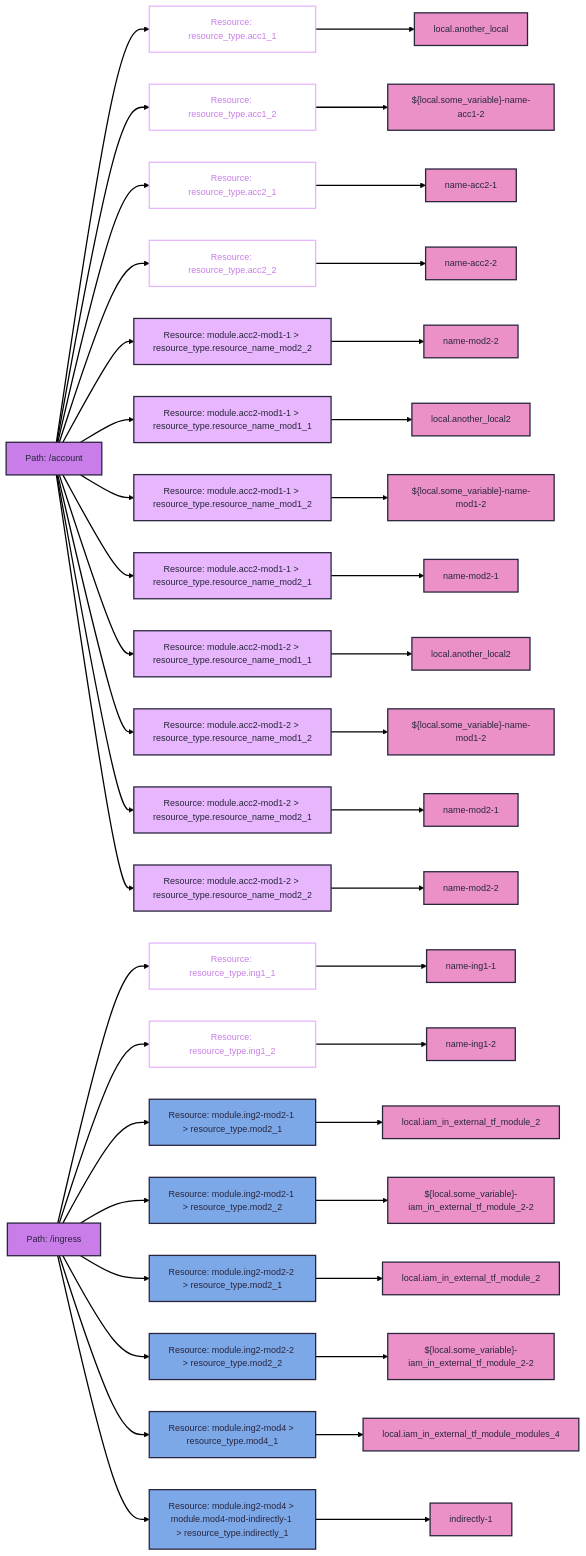
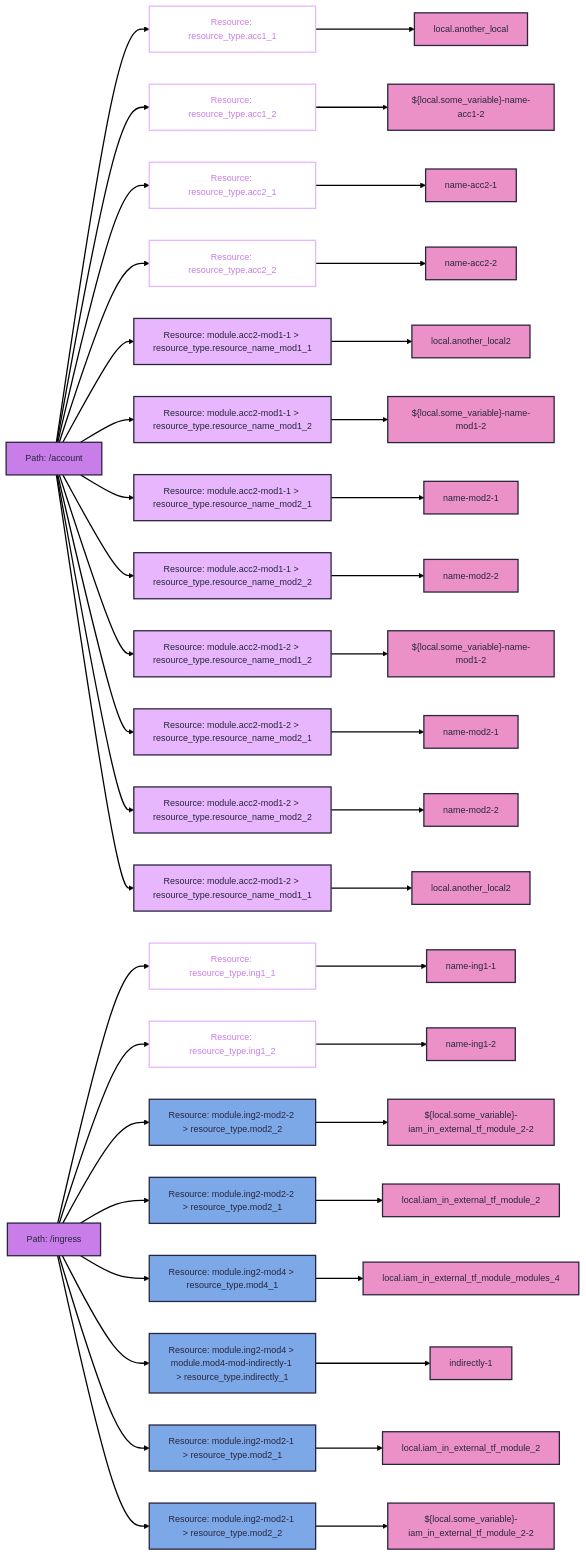
One commit to keenbytes/tfsketch changed the diagram in output.mmd. Above: the diagram before and after it, drawn with Mermaid. The commit also changed other lines of this file and 1 other file, not shown here.

Commit message:
Add full file path in debug messages

```diff
--- a/output.mmd
+++ b/output.mmd
@@ -1,30 +1,30 @@
 ---
 config:
   theme: redux
 ---
 flowchart LR
   classDef tf-path fill:#c87de8
   classDef tf-resource-name stroke:#e7b6fc,color:#c87de8
   classDef tf-resource-name-int-mod fill:#e7b6fc
   classDef tf-resource-name-ext-mod fill:#7da8e8
   classDef tf-resource-field-name fill:#eb91c7
   account["Path: /account"]:::tf-path --> account___acc11["Resource: resource_type.acc1_1"]:::tf-resource-name --> account___acc11___FieldName["local.another_local"]:::tf-resource-field-name
   account["Path: /account"]:::tf-path --> account___acc12["Resource: resource_type.acc1_2"]:::tf-resource-name --> account___acc12___FieldName["${local.some_variable}-name-acc1-2"]:::tf-resource-field-name
   account["Path: /account"]:::tf-path --> account___acc21["Resource: resource_type.acc2_1"]:::tf-resource-name --> account___acc21___FieldName["name-acc2-1"]:::tf-resource-field-name
   account["Path: /account"]:::tf-path --> account___acc22["Resource: resource_type.acc2_2"]:::tf-resource-name --> account___acc22___FieldName["name-acc2-2"]:::tf-resource-field-name
-  account["Path: /account"]:::tf-path --> account___mod___accountmodulesmodule1___acc2mod11___resourcenamemod22["Resource: module.acc2-mod1-1 > resource_type.resource_name_mod2_2"]:::tf-resource-name-int-mod --> account___mod___accountmodulesmodule1___acc2mod11___resourcenamemod22___FieldName["name-mod2-2"]:::tf-resource-field-name
   account["Path: /account"]:::tf-path --> account___mod___accountmodulesmodule1___acc2mod11___resourcenamemod11["Resource: module.acc2-mod1-1 > resource_type.resource_name_mod1_1"]:::tf-resource-name-int-mod --> account___mod___accountmodulesmodule1___acc2mod11___resourcenamemod11___FieldName["local.another_local2"]:::tf-resource-field-name
   account["Path: /account"]:::tf-path --> account___mod___accountmodulesmodule1___acc2mod11___resourcenamemod12["Resource: module.acc2-mod1-1 > resource_type.resource_name_mod1_2"]:::tf-resource-name-int-mod --> account___mod___accountmodulesmodule1___acc2mod11___resourcenamemod12___FieldName["${local.some_variable}-name-mod1-2"]:::tf-resource-field-name
   account["Path: /account"]:::tf-path --> account___mod___accountmodulesmodule1___acc2mod11___resourcenamemod21["Resource: module.acc2-mod1-1 > resource_type.resource_name_mod2_1"]:::tf-resource-name-int-mod --> account___mod___accountmodulesmodule1___acc2mod11___resourcenamemod21___FieldName["name-mod2-1"]:::tf-resource-field-name
-  account["Path: /account"]:::tf-path --> account___mod___accountmodulesmodule1___acc2mod12___resourcenamemod11["Resource: module.acc2-mod1-2 > resource_type.resource_name_mod1_1"]:::tf-resource-name-int-mod --> account___mod___accountmodulesmodule1___acc2mod12___resourcenamemod11___FieldName["local.another_local2"]:::tf-resource-field-name
+  account["Path: /account"]:::tf-path --> account___mod___accountmodulesmodule1___acc2mod11___resourcenamemod22["Resource: module.acc2-mod1-1 > resource_type.resource_name_mod2_2"]:::tf-resource-name-int-mod --> account___mod___accountmodulesmodule1___acc2mod11___resourcenamemod22___FieldName["name-mod2-2"]:::tf-resource-field-name
   account["Path: /account"]:::tf-path --> account___mod___accountmodulesmodule1___acc2mod12___resourcenamemod12["Resource: module.acc2-mod1-2 > resource_type.resource_name_mod1_2"]:::tf-resource-name-int-mod --> account___mod___accountmodulesmodule1___acc2mod12___resourcenamemod12___FieldName["${local.some_variable}-name-mod1-2"]:::tf-resource-field-name
   account["Path: /account"]:::tf-path --> account___mod___accountmodulesmodule1___acc2mod12___resourcenamemod21["Resource: module.acc2-mod1-2 > resource_type.resource_name_mod2_1"]:::tf-resource-name-int-mod --> account___mod___accountmodulesmodule1___acc2mod12___resourcenamemod21___FieldName["name-mod2-1"]:::tf-resource-field-name
   account["Path: /account"]:::tf-path --> account___mod___accountmodulesmodule1___acc2mod12___resourcenamemod22["Resource: module.acc2-mod1-2 > resource_type.resource_name_mod2_2"]:::tf-resource-name-int-mod --> account___mod___accountmodulesmodule1___acc2mod12___resourcenamemod22___FieldName["name-mod2-2"]:::tf-resource-field-name
+  account["Path: /account"]:::tf-path --> account___mod___accountmodulesmodule1___acc2mod12___resourcenamemod11["Resource: module.acc2-mod1-2 > resource_type.resource_name_mod1_1"]:::tf-resource-name-int-mod --> account___mod___accountmodulesmodule1___acc2mod12___resourcenamemod11___FieldName["local.another_local2"]:::tf-resource-field-name
   ingress["Path: /ingress"]:::tf-path --> ingress___ing11["Resource: resource_type.ing1_1"]:::tf-resource-name --> ingress___ing11___FieldName["name-ing1-1"]:::tf-resource-field-name
   ingress["Path: /ingress"]:::tf-path --> ingress___ing12["Resource: resource_type.ing1_2"]:::tf-resource-name --> ingress___ing12___FieldName["name-ing1-2"]:::tf-resource-field-name
+  ingress["Path: /ingress"]:::tf-path --> ingress___mod___root___ing2mod22___mod22["Resource: module.ing2-mod2-2 > resource_type.mod2_2"]:::tf-resource-name-ext-mod --> ingress___mod___root___ing2mod22___mod22___FieldName["${local.some_variable}-iam_in_external_tf_module_2-2"]:::tf-resource-field-name
+  ingress["Path: /ingress"]:::tf-path --> ingress___mod___root___ing2mod22___mod21["Resource: module.ing2-mod2-2 > resource_type.mod2_1"]:::tf-resource-name-ext-mod --> ingress___mod___root___ing2mod22___mod21___FieldName["local.iam_in_external_tf_module_2"]:::tf-resource-field-name
+  ingress["Path: /ingress"]:::tf-path --> ingress___mod___root___ing2mod4___mod41["Resource: module.ing2-mod4 > resource_type.mod4_1"]:::tf-resource-name-ext-mod --> ingress___mod___root___ing2mod4___mod41___FieldName["local.iam_in_external_tf_module_modules_4"]:::tf-resource-field-name
+  ingress["Path: /ingress"]:::tf-path --> ingress___mod___root___mod4modindirectly1___indirectly1["Resource: module.ing2-mod4 > module.mod4-mod-indirectly-1 > resource_type.indirectly_1"]:::tf-resource-name-ext-mod --> ingress___mod___root___mod4modindirectly1___indirectly1___FieldName["indirectly-1"]:::tf-resource-field-name
   ingress["Path: /ingress"]:::tf-path --> ingress___mod___root___ing2mod21___mod21["Resource: module.ing2-mod2-1 > resource_type.mod2_1"]:::tf-resource-name-ext-mod --> ingress___mod___root___ing2mod21___mod21___FieldName["local.iam_in_external_tf_module_2"]:::tf-resource-field-name
   ingress["Path: /ingress"]:::tf-path --> ingress___mod___root___ing2mod21___mod22["Resource: module.ing2-mod2-1 > resource_type.mod2_2"]:::tf-resource-name-ext-mod --> ingress___mod___root___ing2mod21___mod22___FieldName["${local.some_variable}-iam_in_external_tf_module_2-2"]:::tf-resource-field-name
-  ingress["Path: /ingress"]:::tf-path --> ingress___mod___root___ing2mod22___mod21["Resource: module.ing2-mod2-2 > resource_type.mod2_1"]:::tf-resource-name-ext-mod --> ingress___mod___root___ing2mod22___mod21___FieldName["local.iam_in_external_tf_module_2"]:::tf-resource-field-name
-  ingress["Path: /ingress"]:::tf-path --> ingress___mod___root___ing2mod22___mod22["Resource: module.ing2-mod2-2 > resource_type.mod2_2"]:::tf-resource-name-ext-mod --> ingress___mod___root___ing2mod22___mod22___FieldName["${local.some_variable}-iam_in_external_tf_module_2-2"]:::tf-resource-field-name
-  ingress["Path: /ingress"]:::tf-path --> ingress___mod___root___ing2mod4___mod41["Resource: module.ing2-mod4 > resource_type.mod4_1"]:::tf-resource-name-ext-mod --> ingress___mod___root___ing2mod4___mod41___FieldName["local.iam_in_external_tf_module_modules_4"]:::tf-resource-field-name
-  ingress["Path: /ingress"]:::tf-path --> ingress___mod___root___mod4modindirectly1___indirectly1["Resource: module.ing2-mod4 > module.mod4-mod-indirectly-1 > resource_type.indirectly_1"]:::tf-resource-name-ext-mod --> ingress___mod___root___mod4modindirectly1___indirectly1___FieldName["indirectly-1"]:::tf-resource-field-name
```
